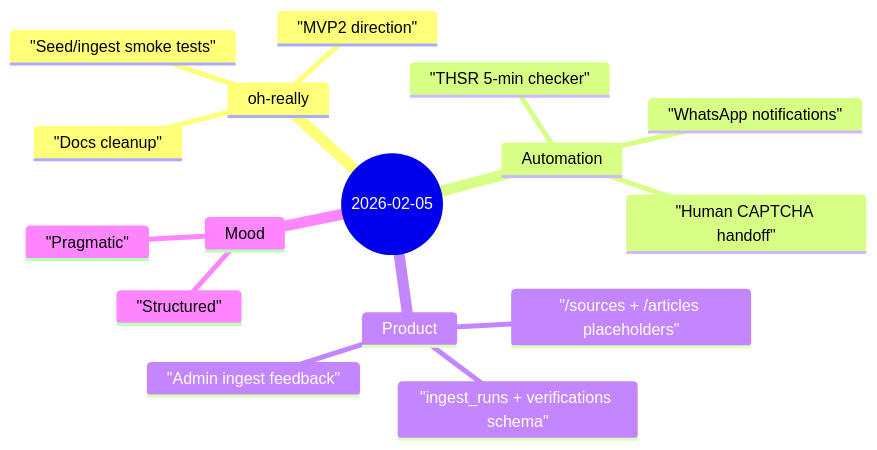
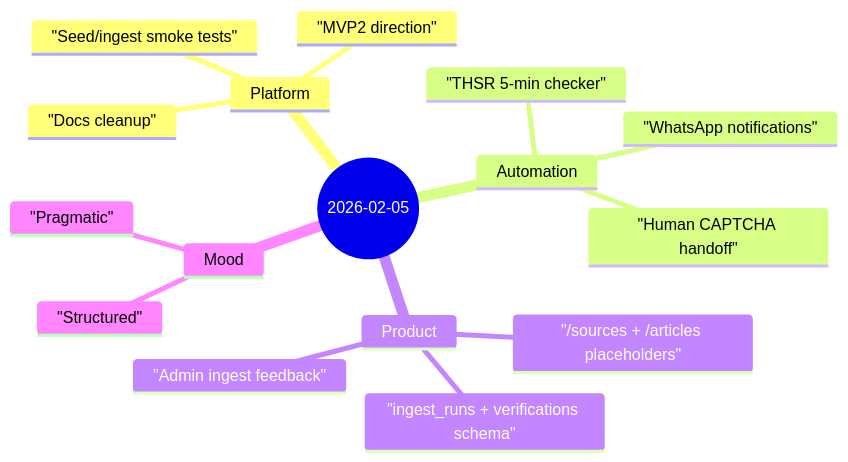
The diagram in content/journal/2026/02/2026-02-05.md (shaaaannn/shaaaannn.github.io), drawn with Mermaid before and after one commit. The commit also changed other lines of this file and 3 other files, not shown here.

````diff
--- a/content/journal/2026/02/2026-02-05.md
+++ b/content/journal/2026/02/2026-02-05.md
@@ -11,19 +11,19 @@
 ```mermaid
 mindmap
   root((2026-02-05))
-    oh-really
+    Platform
       "Docs cleanup"
       "Seed/ingest smoke tests"
       "MVP2 direction"
     Automation
       "THSR 5-min checker"
       "WhatsApp notifications"
       "Human CAPTCHA handoff"
     Product
       "/sources + /articles placeholders"
       "ingest_runs + verifications schema"
       "Admin ingest feedback"
     Mood
       "Structured"
       "Pragmatic"
 ```
````
